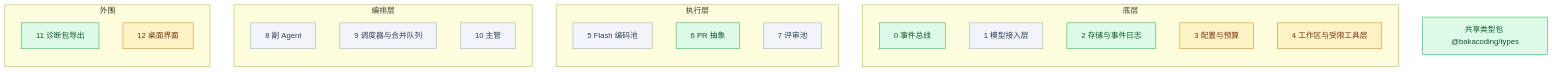
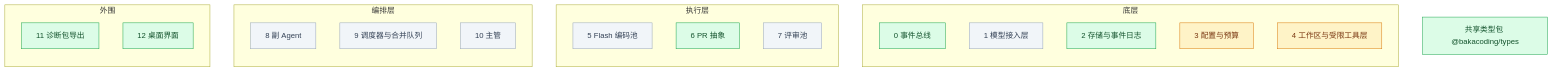
The diagram in docs/progress.md (Akarin7784/BakaCoding), drawn with Mermaid before and after one commit. The commit also changed other lines of this file, not shown here.

Commit message:
docs: progress.md 更新 #22（T-023）合入记录与 main 测试数

````diff
--- a/docs/progress.md
+++ b/docs/progress.md
@@ -11,33 +11,33 @@
 ```mermaid
 flowchart BT
   subgraph 底层
     M0[0 事件总线]
     M1[1 模型接入层]
     M2[2 存储与事件日志]
     M3[3 配置与预算]
     M4[4 工作区与受限工具层]
   end
   subgraph 执行层
     M5[5 Flash 编码池]
     M6[6 PR 抽象]
     M7[7 评审池]
   end
   subgraph 编排层
     M8[8 副 Agent]
     M9[9 调度器与合并队列]
     M10[10 主管]
   end
   subgraph 外围
     M11[11 诊断包导出]
     M12[12 桌面界面]
   end
   T[共享类型包 @bakacoding/types]
 
   classDef todo fill:#f1f5f9,stroke:#94a3b8,color:#334155
   classDef doing fill:#fef3c7,stroke:#d97706,color:#78350f
   classDef done fill:#dcfce7,stroke:#16a34a,color:#14532d
 
-  class M0,M2,M6,M11,T done
-  class M3,M4,M12 doing
+  class M0,M2,M6,M11,M12,T done
+  class M3,M4 doing
   class M1,M5,M7,M8,M9,M10 todo
 ```
````
